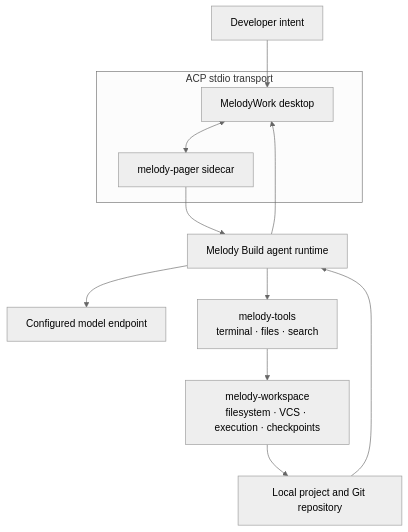
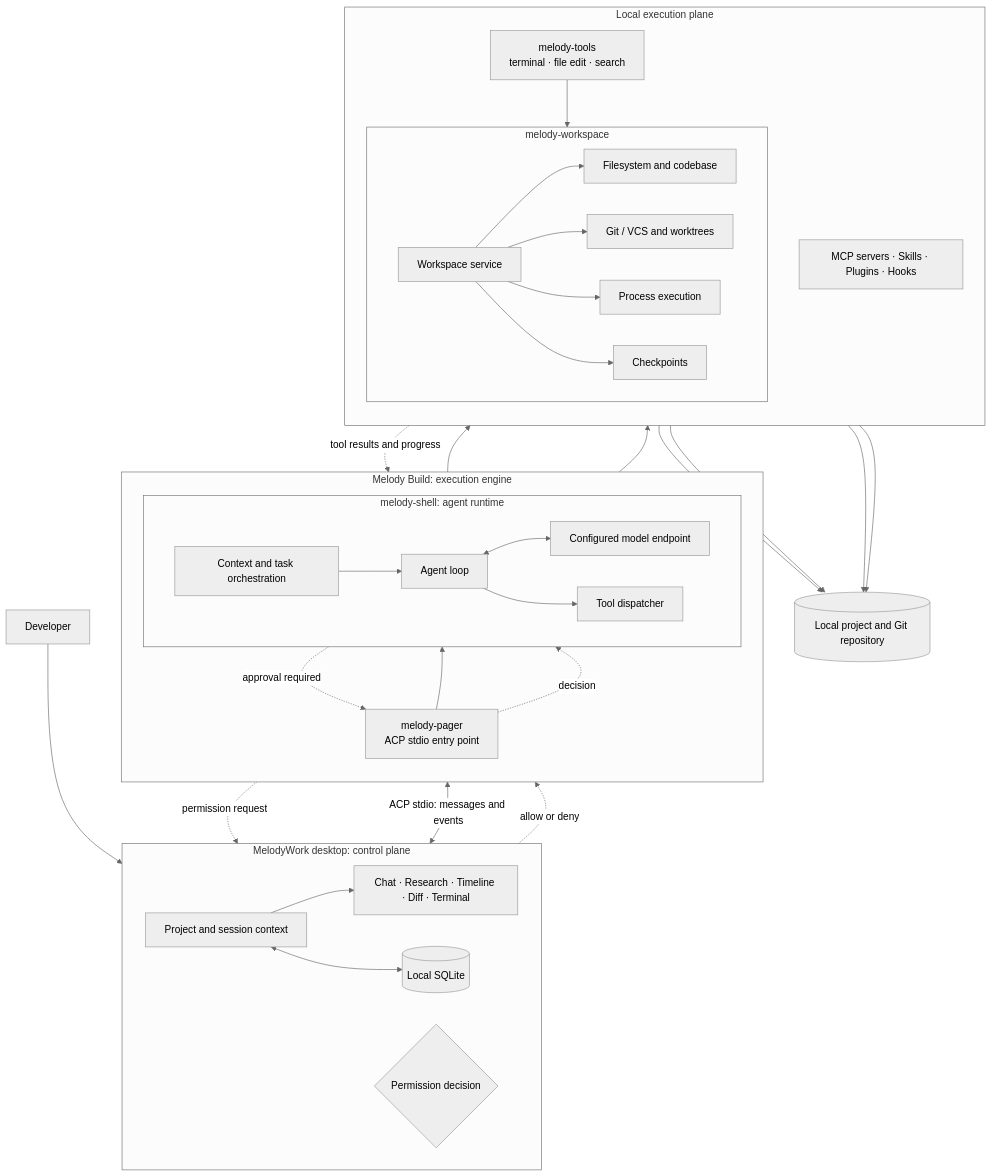
The diagram in README.md (Lhy723/MelodyWork), drawn with Mermaid (neutral theme) before and after one commit. The commit also changed other lines of this file and 1 other file, not shown here.

Commit message:
docs: expand Melody Build architecture diagram

````diff
--- a/README.md
+++ b/README.md
@@ -25,16 +25,66 @@
 ```mermaid
-flowchart TD
-  user["Developer intent"] --> app["MelodyWork desktop"]
+flowchart TB
+  developer["Developer"]
 
-  subgraph transport["ACP stdio transport"]
-    app <--> pager["melody-pager sidecar"]
+  subgraph desktop["MelodyWork desktop: control plane"]
+    direction LR
+    session["Project and session context"]
+    surface["Chat · Research · Timeline · Diff · Terminal"]
+    localdb[("Local SQLite")]
+    approval{"Permission decision"}
+    session --> surface
+    session <--> localdb
   end
 
-  pager --> runtime["Melody Build agent runtime"]
-  runtime --> model["Configured model endpoint"]
-  runtime --> tools["melody-tools\nterminal · files · search"]
-  tools --> workspace["melody-workspace\nfilesystem · VCS · execution · checkpoints"]
-  workspace --> repo["Local project and Git repository"]
-  repo --> runtime
-  runtime --> app
+  subgraph engine["Melody Build: execution engine"]
+    direction TB
+    pager["melody-pager\nACP stdio entry point"]
+
+    subgraph runtime["melody-shell: agent runtime"]
+      direction LR
+      context["Context and task orchestration"] --> agent["Agent loop"]
+      agent <--> model["Configured model endpoint"]
+      agent --> dispatch["Tool dispatcher"]
+    end
+
+    pager --> context
+  end
+
+  subgraph execution["Local execution plane"]
+    direction TB
+    tools["melody-tools\nterminal · file edit · search"]
+    extensions["MCP servers · Skills · Plugins · Hooks"]
+
+    subgraph workspace["melody-workspace"]
+      direction LR
+      workspaceApi["Workspace service"]
+      filesystem["Filesystem and codebase"]
+      vcs["Git / VCS and worktrees"]
+      commands["Process execution"]
+      checkpoints["Checkpoints"]
+      workspaceApi --> filesystem
+      workspaceApi --> vcs
+      workspaceApi --> commands
+      workspaceApi --> checkpoints
+    end
+
+    tools --> workspaceApi
+  end
+
+  repository[("Local project and Git repository")]
+
+  developer --> session
+  surface <-->|ACP stdio: messages and events| pager
+  dispatch --> tools
+  dispatch --> extensions
+  filesystem --> repository
+  vcs --> repository
+  commands --> repository
+  checkpoints --> repository
+
+  workspaceApi -. tool results and progress .-> dispatch
+  dispatch -. approval required .-> pager
+  pager -. permission request .-> approval
+  approval -. allow or deny .-> pager
+  pager -. decision .-> dispatch
 ```
````
